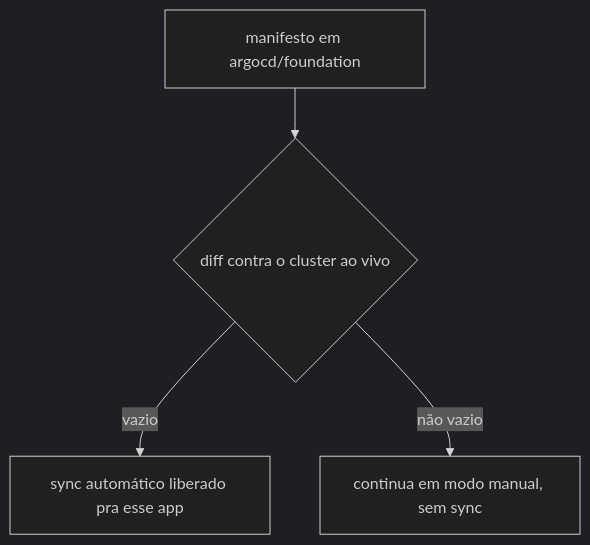
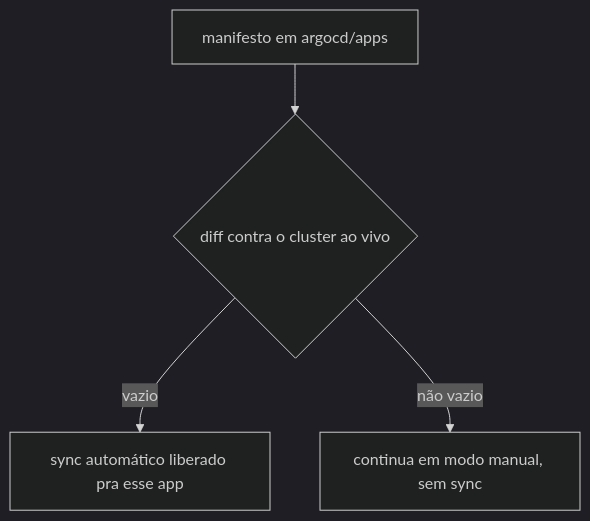
Before and after one commit to ladesa-ro/infrastructure: the first of 2 diagrams in docs/arquitetura/gate-de-drift-zero.md, drawn with Mermaid (dark theme). The commit also changed other lines of this file and 56 other files, not shown here.

Commit message:
refactor(argocd): rename apps to applications and foundation to apps

````diff
--- a/docs/arquitetura/gate-de-drift-zero.md
+++ b/docs/arquitetura/gate-de-drift-zero.md
@@ -5,6 +5,6 @@
 ```mermaid
 flowchart TD
-    Manifesto[manifesto em argocd/foundation] --> Diff{diff contra o cluster ao vivo}
+    Manifesto[manifesto em argocd/apps] --> Diff{diff contra o cluster ao vivo}
     Diff -->|vazio| Libera[sync automático liberado pra esse app]
     Diff -->|não vazio| Bloqueia[continua em modo manual, sem sync]
 ```
````
